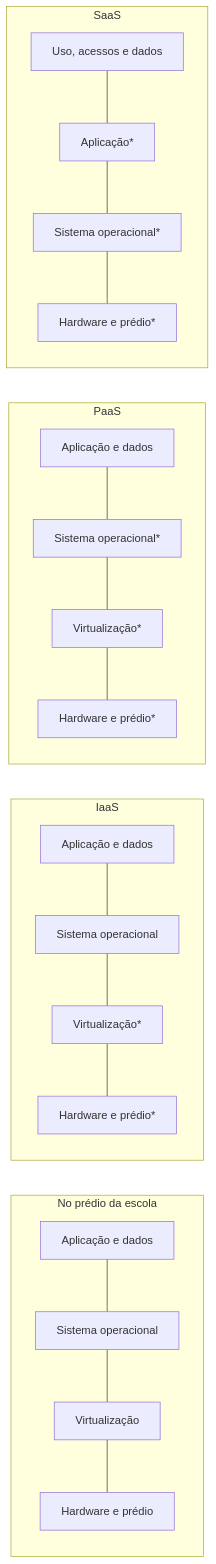
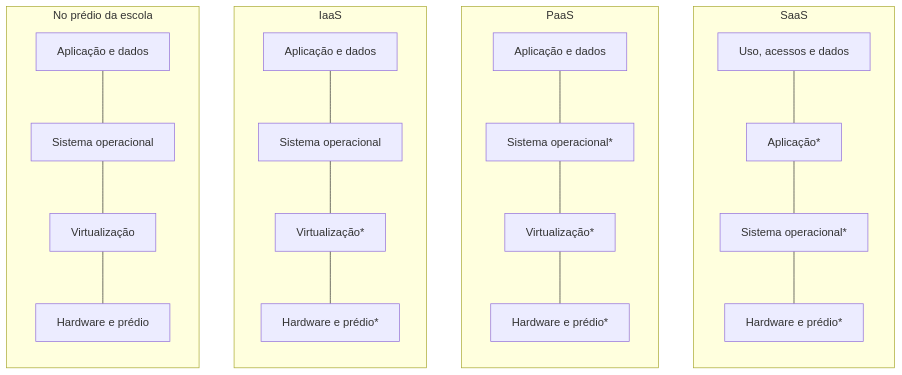
The diagram in docs/01-conceitos-de-nuvem/01-o-que-e-computacao-em-nuvem.md (tuanyfortunato/aws-cloud-practitioner), drawn with Mermaid before and after one commit. The commit also changed 7 other files, not shown here.

````diff
--- a/docs/01-conceitos-de-nuvem/01-o-que-e-computacao-em-nuvem.md
+++ b/docs/01-conceitos-de-nuvem/01-o-que-e-computacao-em-nuvem.md
@@ -37,19 +37,20 @@
 ```mermaid
 flowchart LR
     subgraph ON["No prédio da escola"]
         direction TB
         a1["Aplicação e dados"] --- a2["Sistema operacional"] --- a3["Virtualização"] --- a4["Hardware e prédio"]
     end
     subgraph I["IaaS"]
         direction TB
         b1["Aplicação e dados"] --- b2["Sistema operacional"] --- b3["Virtualização*"] --- b4["Hardware e prédio*"]
     end
     subgraph P["PaaS"]
         direction TB
         c1["Aplicação e dados"] --- c2["Sistema operacional*"] --- c3["Virtualização*"] --- c4["Hardware e prédio*"]
     end
     subgraph S["SaaS"]
         direction TB
         d1["Uso, acessos e dados"] --- d2["Aplicação*"] --- d3["Sistema operacional*"] --- d4["Hardware e prédio*"]
     end
+    ON ~~~ I ~~~ P ~~~ S
 ```
````
